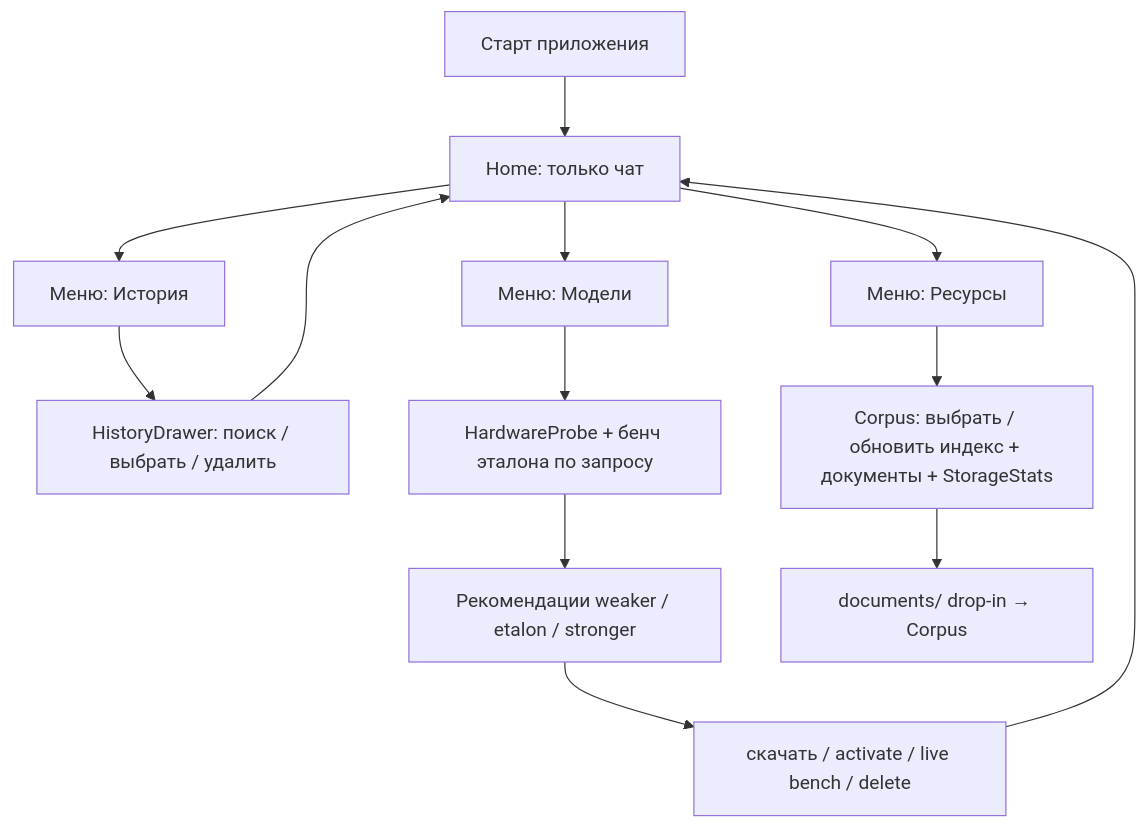
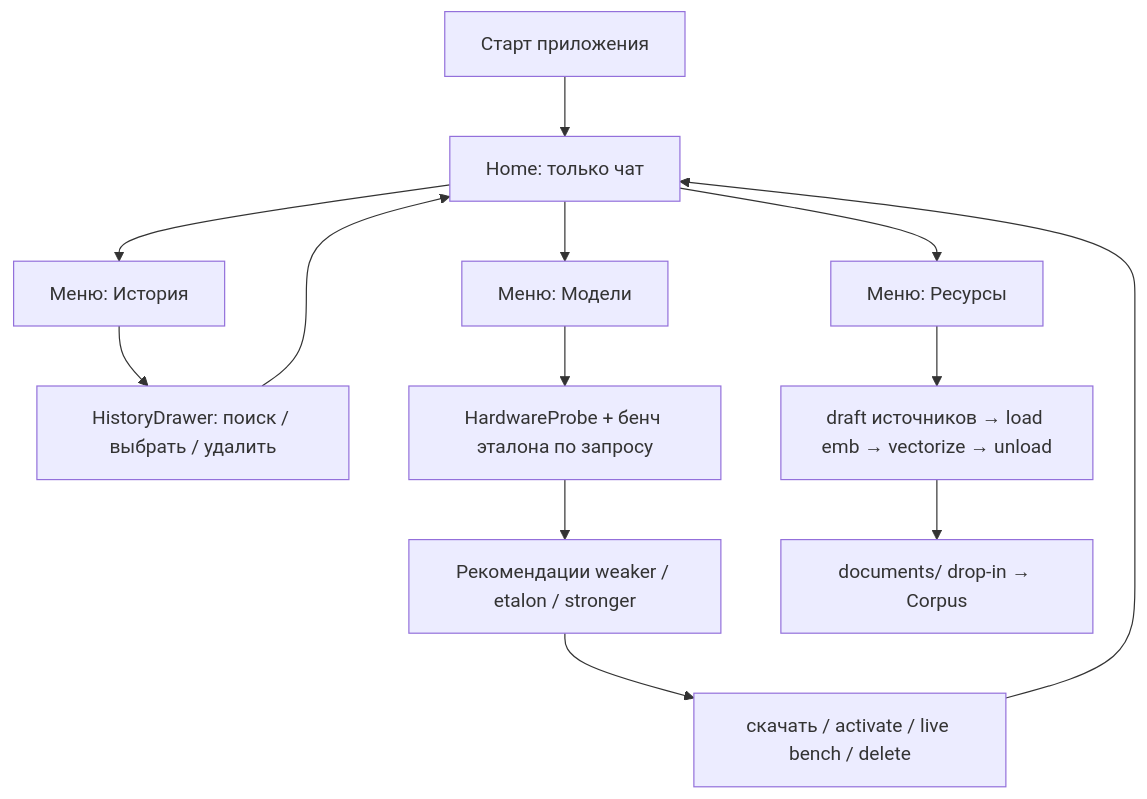
Before and after one commit to Uzopb/ragg: the first of 4 diagrams in docs/PLAN.md, drawn with Mermaid. The commit also changed other lines of this file and 3 other files, not shown here.

````diff
--- a/docs/PLAN.md
+++ b/docs/PLAN.md
@@ -123,15 +144,15 @@
 ```mermaid
 flowchart TD
   Start[Старт приложения] --> Home[Home: только чат]
   Home --> MenuHist[Меню: История]
   Home --> MenuModels[Меню: Модели]
   Home --> MenuRes[Меню: Ресурсы]
   MenuHist --> Hist[HistoryDrawer: поиск / выбрать / удалить]
   Hist --> Home
   MenuModels --> Probe[HardwareProbe + бенч эталона по запросу]
   Probe --> Rank[Рекомендации weaker / etalon / stronger]
   Rank --> MM[скачать / activate / live bench / delete]
   MM --> Home
-  MenuRes --> RM[Corpus: выбрать / обновить индекс + документы + StorageStats]
+  MenuRes --> RM[draft источников → load emb → vectorize → unload]
   RM --> Folder[documents/ drop-in → Corpus]
 ```
````
